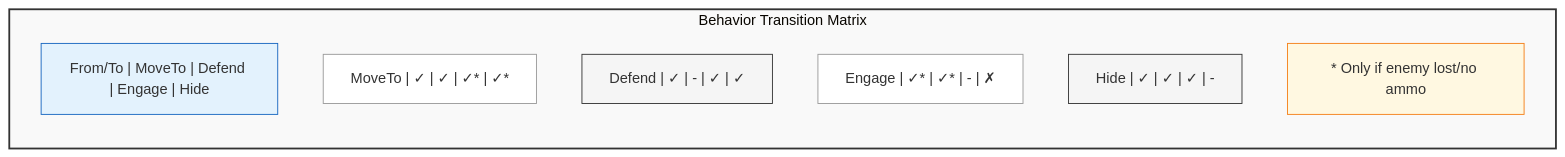
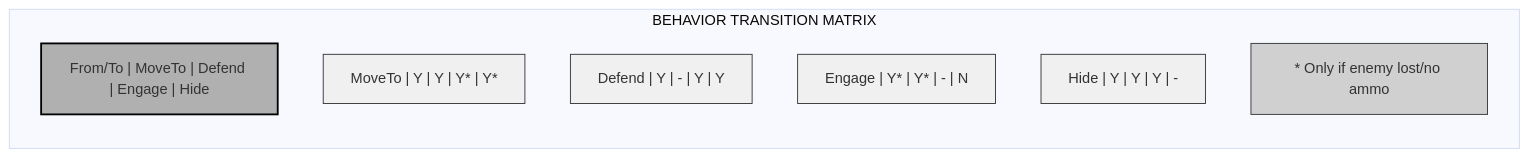
One commit to jukofyork/close-combat-architecture-study changed the second of 5 diagrams in chapter_06_orders_ai.md. Above: the diagram before and after it, drawn with Mermaid (base theme). The commit also changed other lines of this file and 15 other files, not shown here.

````diff
--- a/chapter_06_orders_ai.md
+++ b/chapter_06_orders_ai.md
@@ -227,23 +229,24 @@
 ```mermaid
 flowchart LR
-    subgraph Matrix["Behavior Transition Matrix"]
+    subgraph Matrix["BEHAVIOR TRANSITION MATRIX"]
         direction TB
         
         header["From/To | MoveTo | Defend | Engage | Hide"]
         
-        row1["MoveTo | ✓ | ✓ | ✓* | ✓*"]
-        row2["Defend | ✓ | - | ✓ | ✓"]
-        row3["Engage | ✓* | ✓* | - | ✗"]
-        row4["Hide | ✓ | ✓ | ✓ | -"]
+        row1["MoveTo | Y | Y | Y* | Y*"]
+        row2["Defend | Y | - | Y | Y"]
+        row3["Engage | Y* | Y* | - | N"]
+        row4["Hide | Y | Y | Y | -"]
         
         note["* Only if enemy lost/no ammo"]
     end
     
-    style Matrix fill:#f9f9f9,stroke:#333,stroke-width:2px
-    style header fill:#e3f2fd,stroke:#1565c0
-    style row1 fill:#ffffff,stroke:#999
-    style row2 fill:#f5f5f5,stroke:#333
-    style row3 fill:#ffffff,stroke:#999
-    style row4 fill:#f5f5f5,stroke:#333
-    style note fill:#fff8e1,stroke:#f57f17
+    classDef default fill:#fff,stroke:#000,stroke-width:1px
+    classDef light fill:#f0f0f0,stroke:#333,stroke-width:1px
+    classDef medium fill:#d0d0d0,stroke:#333,stroke-width:1px
+    classDef dark fill:#b0b0b0,stroke:#000,stroke-width:2px
+    
+    class header dark
+    class row1,row2,row3,row4 light
+    class note medium
 ```
````
